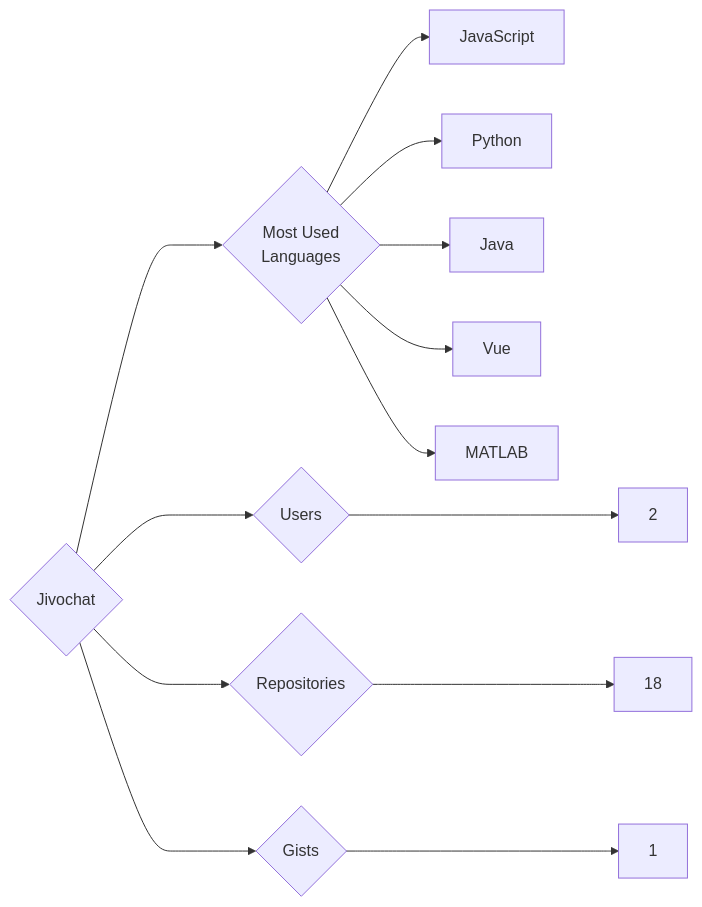
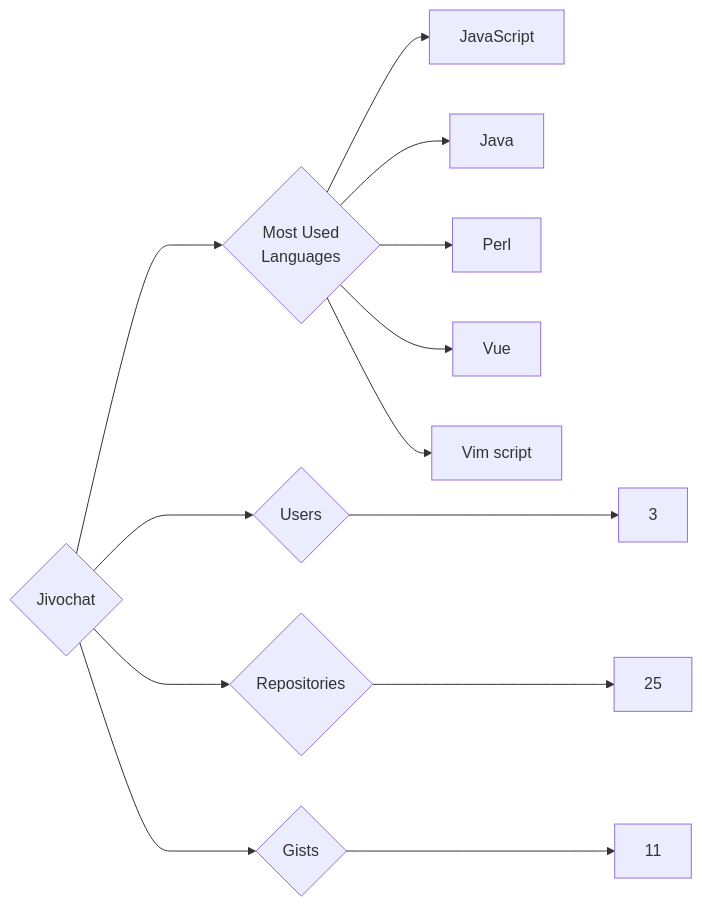
One commit to trickest/insiders changed the diagram in targets/Jivochat/README.md. Above: the diagram before and after it, drawn with Mermaid. The commit also changed 870 other files, not shown here.

````diff
--- a/targets/Jivochat/README.md
+++ b/targets/Jivochat/README.md
@@ -3,13 +3,13 @@
 ```mermaid
 graph LR
 COMPANY_NAME{Jivochat}
-COMPANY_NAME ---> U{Users} ---> UN[2]
-COMPANY_NAME ---> R{Repositories} ---> RN[18]
-COMPANY_NAME ---> G{Gists} ---> GN[1]
+COMPANY_NAME ---> U{Users} ---> UN[3]
+COMPANY_NAME ---> R{Repositories} ---> RN[25]
+COMPANY_NAME ---> G{Gists} ---> GN[11]
 COMPANY_NAME ---> ML{Most Used<br>Languages}
 ML --> JavaScript[JavaScript]
-ML --> Python[Python]
 ML --> Java[Java]
+ML --> Perl[Perl]
 ML --> Vue[Vue]
-ML --> MATLAB[MATLAB]
+ML --> Vim_script[Vim script]
 ```
````
